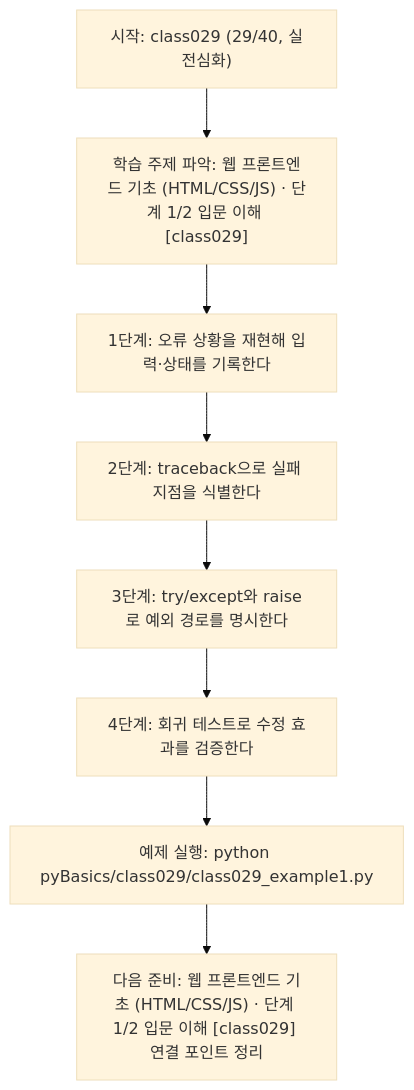
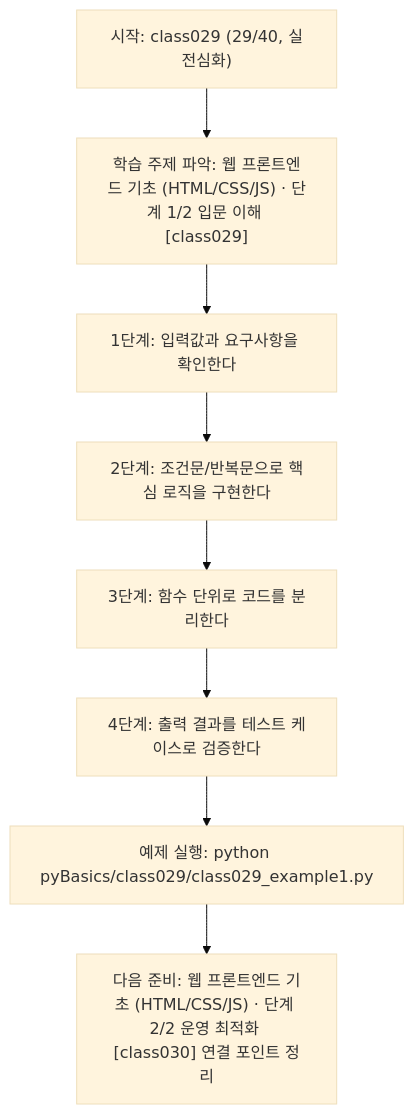
One commit to edumgt/Python-AI_Agent-Class changed the diagram in pyBasics/class029/class029.md. Above: the diagram before and after it, drawn with Mermaid (base theme). The commit also changed other lines of this file and 2370 other files, not shown here.

````diff
--- a/pyBasics/class029/class029.md
+++ b/pyBasics/class029/class029.md
@@ -108,18 +91,18 @@
 ```mermaid
 flowchart TD
 N1["시작: class029 (29/40, 실전심화)"]
 N2["학습 주제 파악: 웹 프론트엔드 기초 (HTML/CSS/JS) · 단계 1/2 입문 이해 [class029]"]
-N3["1단계: 오류 상황을 재현해 입력·상태를 기록한다"]
-N4["2단계: traceback으로 실패 지점을 식별한다"]
-N5["3단계: try/except와 raise로 예외 경로를 명시한다"]
-N6["4단계: 회귀 테스트로 수정 효과를 검증한다"]
+N3["1단계: 입력값과 요구사항을 확인한다"]
+N4["2단계: 조건문/반복문으로 핵심 로직을 구현한다"]
+N5["3단계: 함수 단위로 코드를 분리한다"]
+N6["4단계: 출력 결과를 테스트 케이스로 검증한다"]
 N7["예제 실행: python pyBasics/class029/class029_example1.py"]
-N8["다음 준비: 웹 프론트엔드 기초 (HTML/CSS/JS) · 단계 1/2 입문 이해 [class029] 연결 포인트 정리"]
+N8["다음 준비: 웹 프론트엔드 기초 (HTML/CSS/JS) · 단계 2/2 운영 최적화 [class030] 연결 포인트 정리"]
 N1 --> N2
 N2 --> N3
 N3 --> N4
 N4 --> N5
 N5 --> N6
 N6 --> N7
 N7 --> N8
 ```
````
